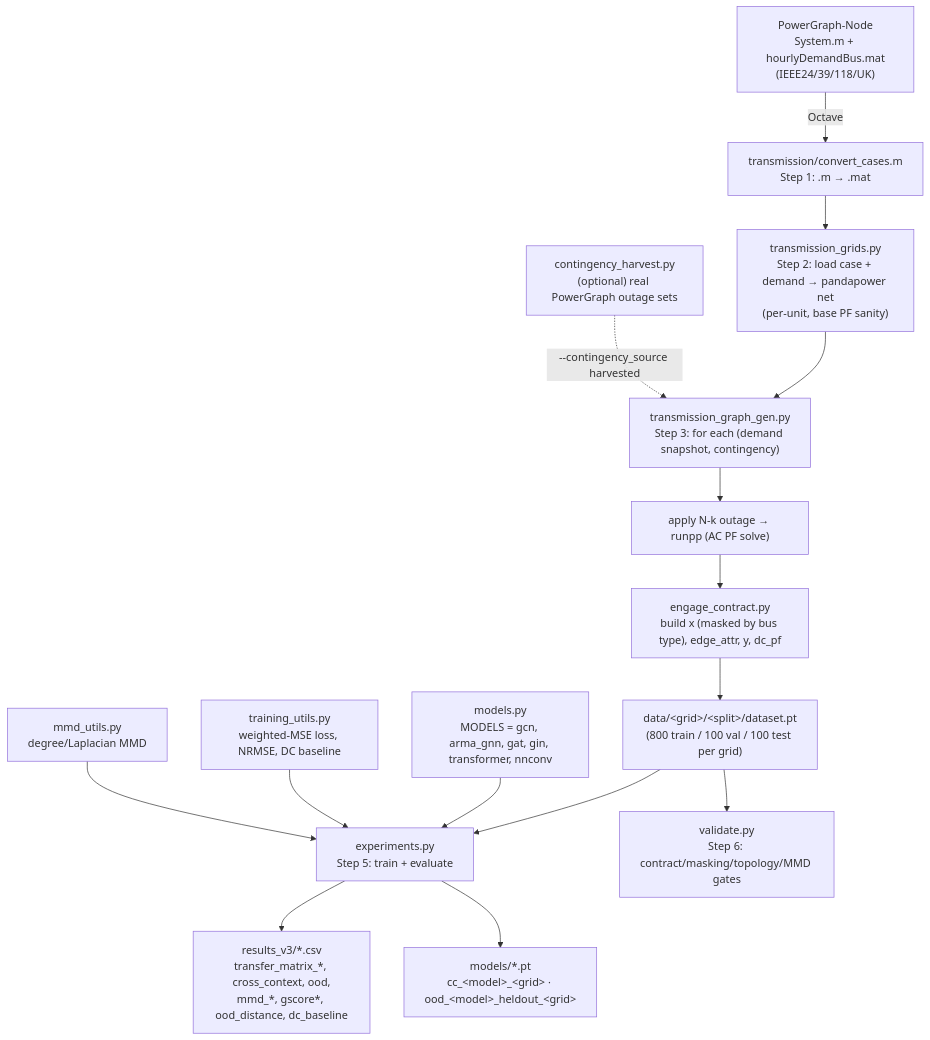
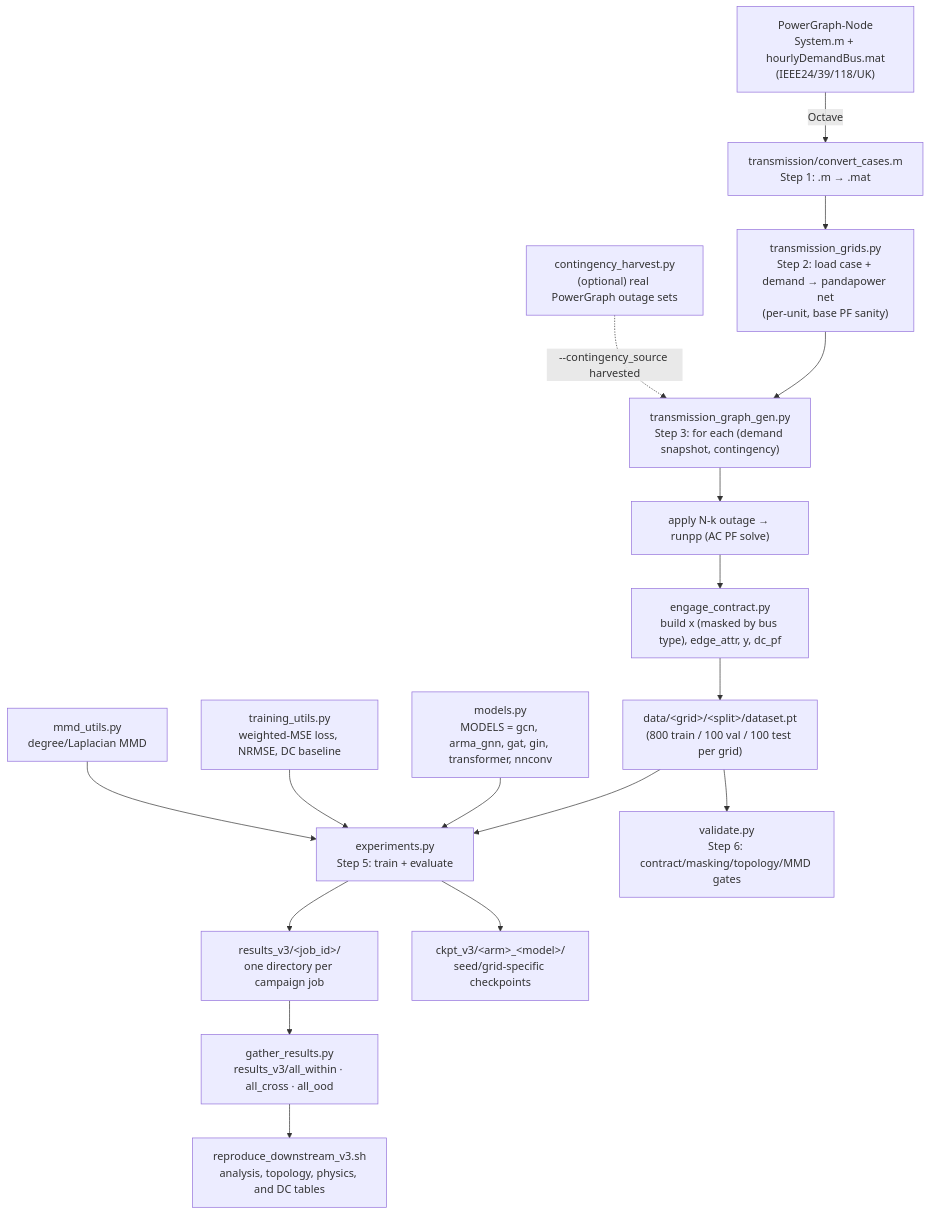
One commit to Davjes15/eval_gnn_generalization_pg changed the first of 2 diagrams in README.md. Above: the diagram before and after it, drawn with Mermaid. The commit also changed other lines of this file and 12 other files, not shown here.

````diff
--- a/README.md
+++ b/README.md
@@ -70,17 +70,19 @@
 ```mermaid
 flowchart TD
     A["PowerGraph-Node<br/>System.m + hourlyDemandBus.mat<br/>(IEEE24/39/118/UK)"] -->|Octave| B["transmission/convert_cases.m<br/>Step 1: .m → .mat"]
     B --> C["transmission_grids.py<br/>Step 2: load case + demand → pandapower net<br/>(per-unit, base PF sanity)"]
     C --> D["transmission_graph_gen.py<br/>Step 3: for each (demand snapshot, contingency)"]
     H["contingency_harvest.py<br/>(optional) real PowerGraph outage sets"] -.->|--contingency_source harvested| D
     D --> D1["apply N-k outage → runpp (AC PF solve)"]
     D1 --> D2["engage_contract.py<br/>build x (masked by bus type), edge_attr, y, dc_pf"]
     D2 --> E["data/&lt;grid&gt;/&lt;split&gt;/dataset.pt<br/>(800 train / 100 val / 100 test per grid)"]
     E --> F["experiments.py<br/>Step 5: train + evaluate"]
     M["models.py<br/>MODELS = gcn, arma_gnn, gat, gin, transformer, nnconv"] --> F
     T["training_utils.py<br/>weighted-MSE loss, NRMSE, DC baseline"] --> F
     X["mmd_utils.py<br/>degree/Laplacian MMD"] --> F
-    F --> R1["results_v3/*.csv<br/>transfer_matrix_*, cross_context, ood,<br/>mmd_*, gscore*, ood_distance, dc_baseline"]
-    F --> R2["models/*.pt<br/>cc_&lt;model&gt;_&lt;grid&gt; · ood_&lt;model&gt;_heldout_&lt;grid&gt;"]
+    F --> R1["results_v3/&lt;job_id&gt;/<br/>one directory per campaign job"]
+    F --> R2["ckpt_v3/&lt;arm&gt;_&lt;model&gt;/<br/>seed/grid-specific checkpoints"]
+    R1 --> R3["gather_results.py<br/>results_v3/all_within · all_cross · all_ood"]
+    R3 --> R4["reproduce_downstream_v3.sh<br/>analysis, topology, physics, and DC tables"]
     E --> V["validate.py<br/>Step 6: contract/masking/topology/MMD gates"]
 ```
````
